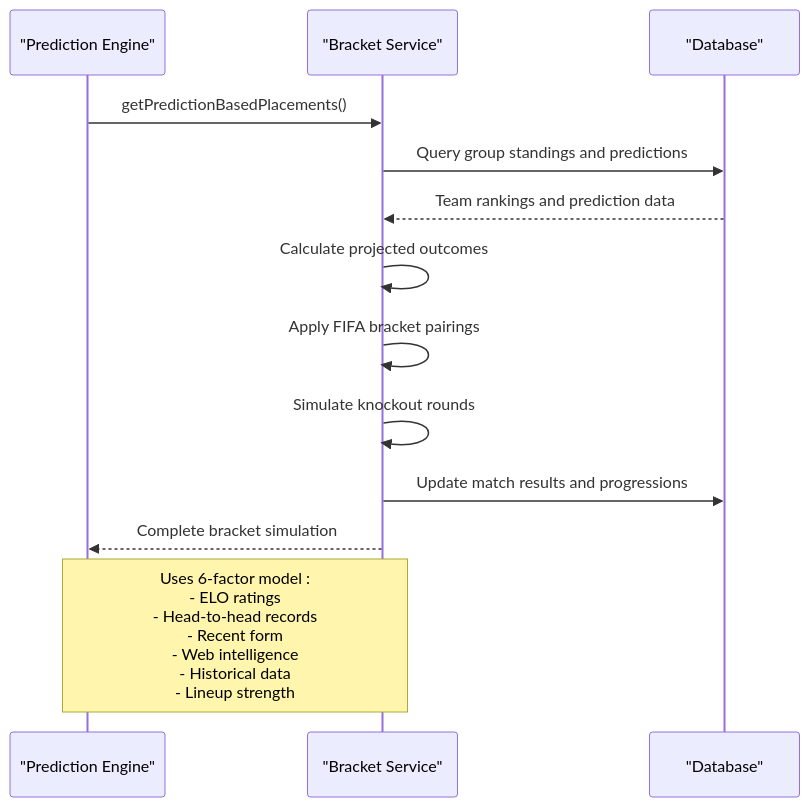
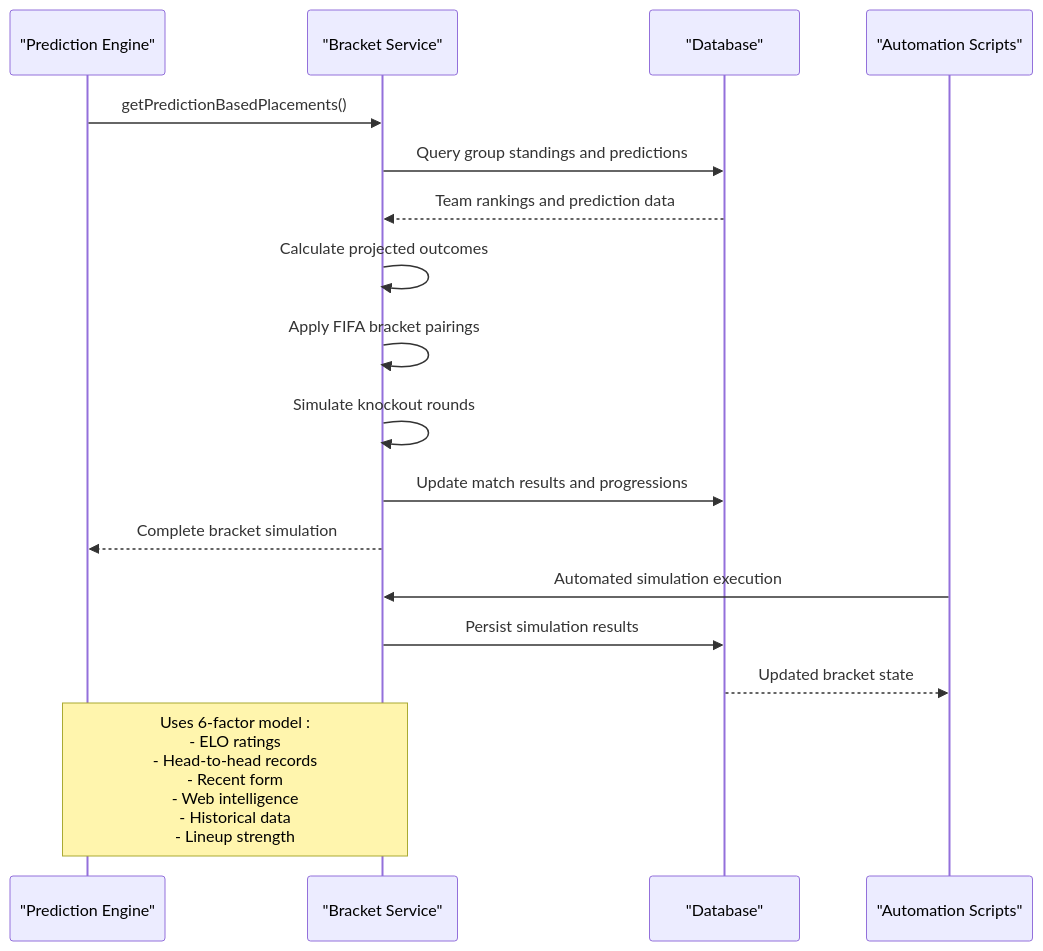
One commit to cheesiong/WC26-qwen changed the eighth of 12 diagrams in .qoder/repowiki/en/content/API Reference/Tournament API/Knockout Bracket Management.md. Above: the diagram before and after it, drawn with Mermaid. The commit also changed other lines of this file and 49 other files, not shown here.

````diff
--- a/.qoder/repowiki/en/content/API Reference/Tournament API/Knockout Bracket Management.md
+++ b/.qoder/repowiki/en/content/API Reference/Tournament API/Knockout Bracket Management.md
@@ -336,15 +379,19 @@
 ```mermaid
 sequenceDiagram
 participant Engine as "Prediction Engine"
 participant Bracket as "Bracket Service"
 participant DB as "Database"
+participant Scripts as "Automation Scripts"
 Engine->>Bracket : getPredictionBasedPlacements()
 Bracket->>DB : Query group standings and predictions
 DB-->>Bracket : Team rankings and prediction data
 Bracket->>Bracket : Calculate projected outcomes
 Bracket->>Bracket : Apply FIFA bracket pairings
 Bracket->>Bracket : Simulate knockout rounds
 Bracket->>DB : Update match results and progressions
 Bracket-->>Engine : Complete bracket simulation
+Scripts->>Bracket : Automated simulation execution
+Bracket->>DB : Persist simulation results
+DB-->>Scripts : Updated bracket state
 Note over Engine,Bracket : Uses 6-factor model : <br/>- ELO ratings<br/>- Head-to-head records<br/>- Recent form<br/>- Web intelligence<br/>- Historical data<br/>- Lineup strength
 ```
````
